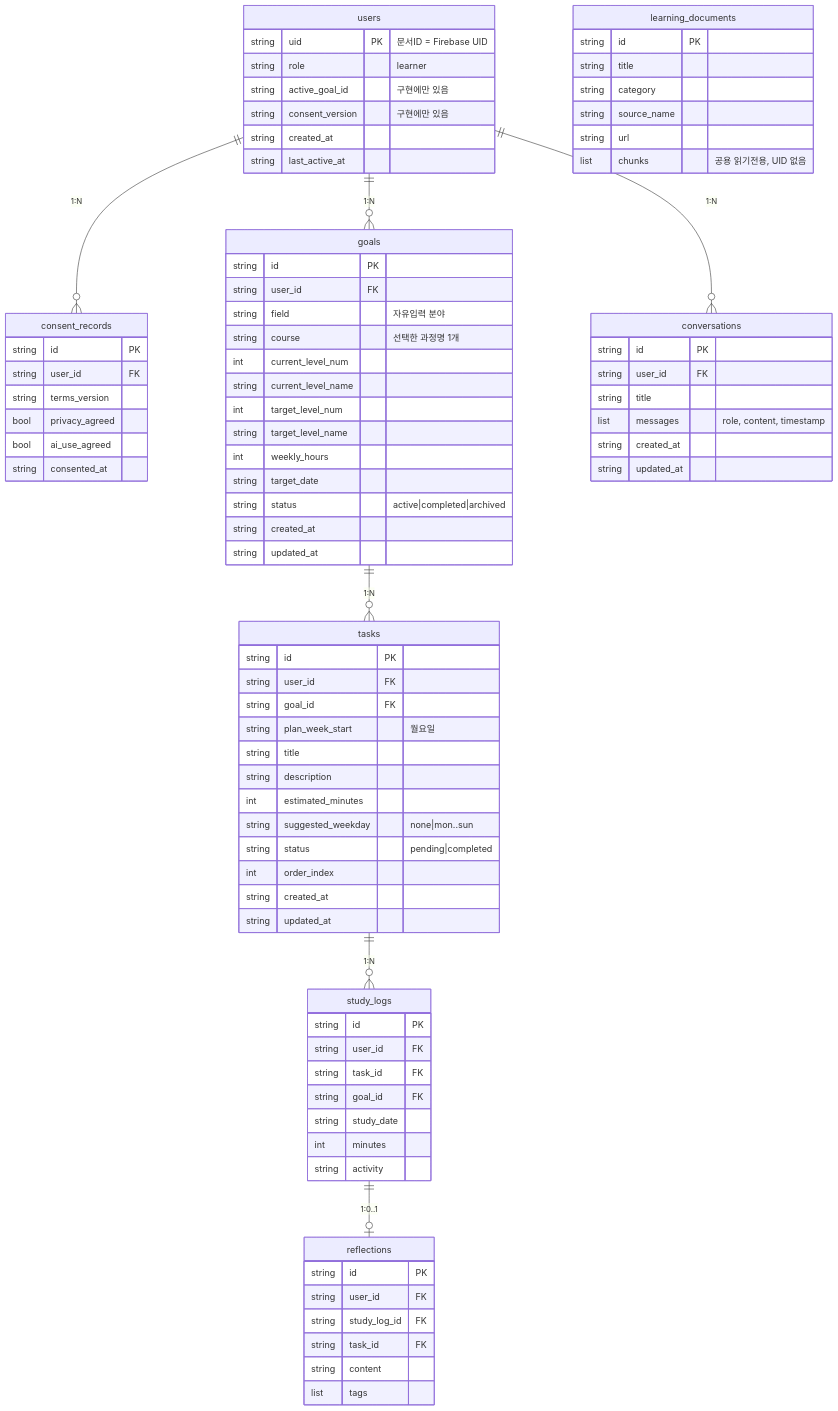
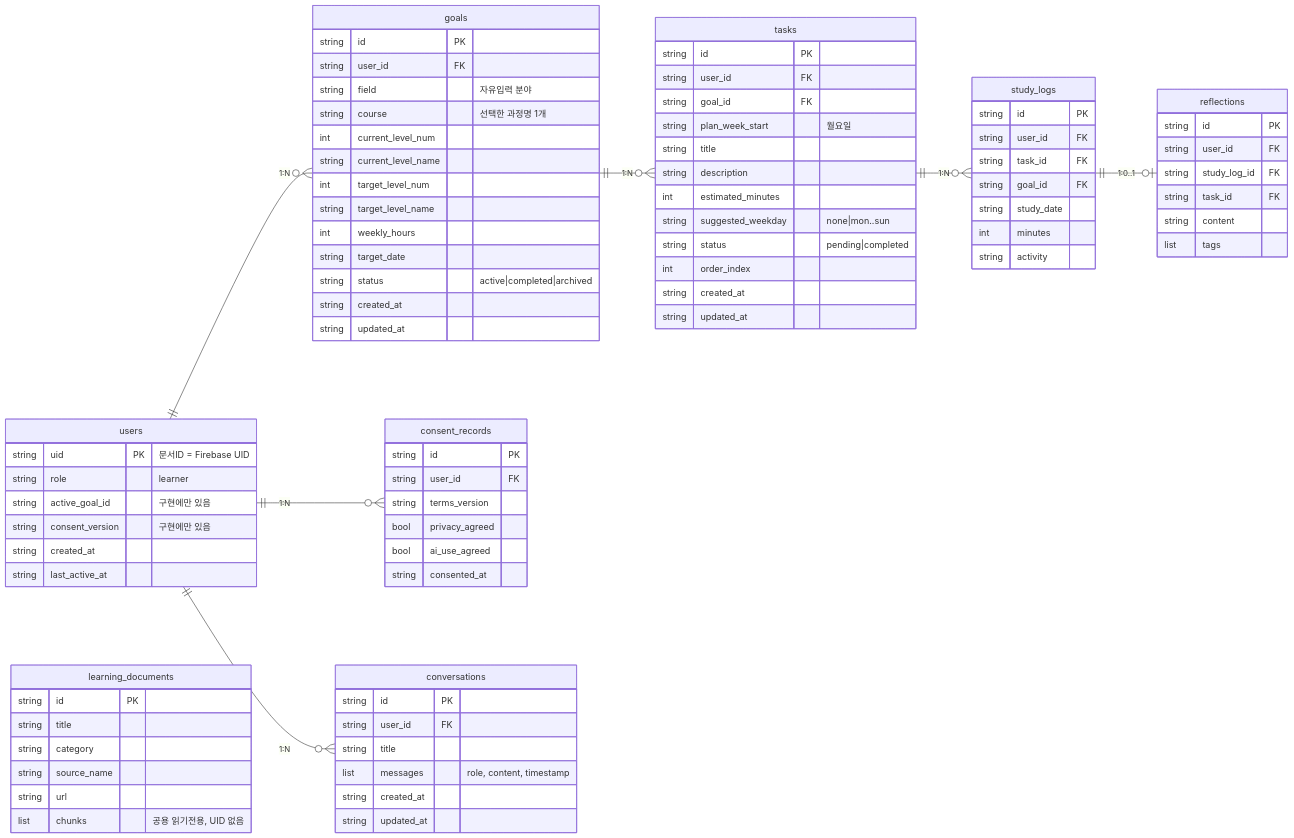
One commit to yong05610/ai-n-fprj changed the diagram in docs/erd_current.md. Above: the diagram before and after it, drawn with Mermaid.

Commit message:
docs: lay out ERD left-to-right (tasks > study_logs > reflections)

````diff
--- a/docs/erd_current.md
+++ b/docs/erd_current.md
@@ -9,10 +9,11 @@
 ```mermaid
 erDiagram
-    users ||--o{ consent_records : "1:N"
+    direction LR
     users ||--o{ goals : "1:N"
     goals ||--o{ tasks : "1:N"
     tasks ||--o{ study_logs : "1:N"
     study_logs ||--o| reflections : "1:0..1"
+    users ||--o{ consent_records : "1:N"
     users ||--o{ conversations : "1:N"
 
     users {
````
